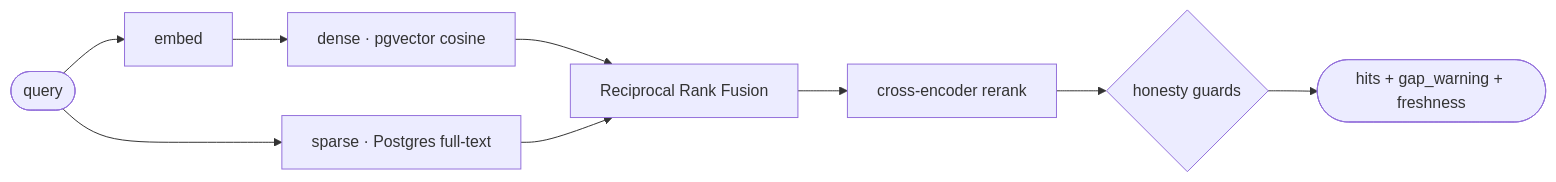
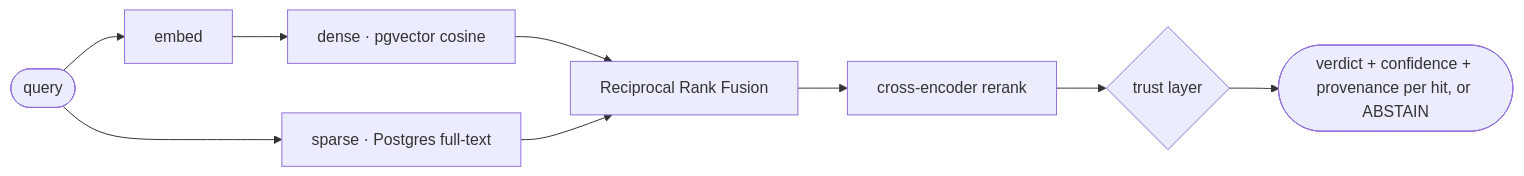
The diagram in README.md (GiulioDER/RE-call), drawn with Mermaid before and after one commit. The commit also changed other lines of this file and 4 other files, not shown here.

Commit message:
docs: trust layer — README/writeup/MCP docs; UTF-8 CLI output; v0.2.0

````diff
--- a/README.md
+++ b/README.md
@@ -47,11 +50,11 @@
 ```mermaid
 flowchart LR
     Q([query]) --> E[embed]
     E --> D[dense · pgvector cosine]
     Q --> S[sparse · Postgres full-text]
     D --> F[Reciprocal Rank Fusion]
     S --> F
     F --> R[cross-encoder rerank]
-    R --> G{honesty guards}
-    G --> O([hits + gap_warning + freshness])
+    R --> G{trust layer}
+    G --> O([verdict + confidence + provenance per hit, or ABSTAIN])
 ```
````
